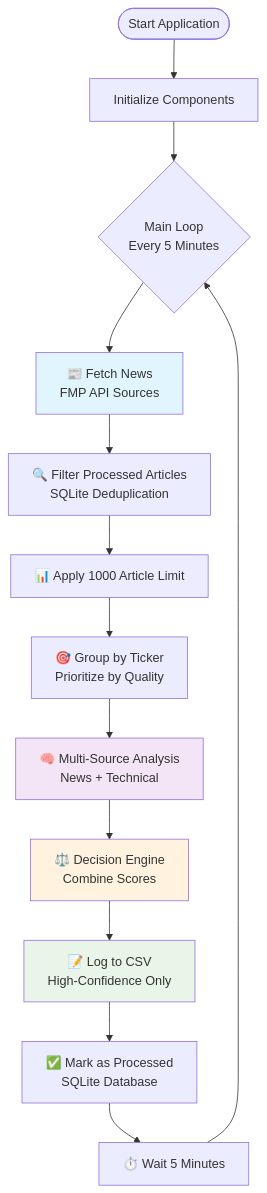
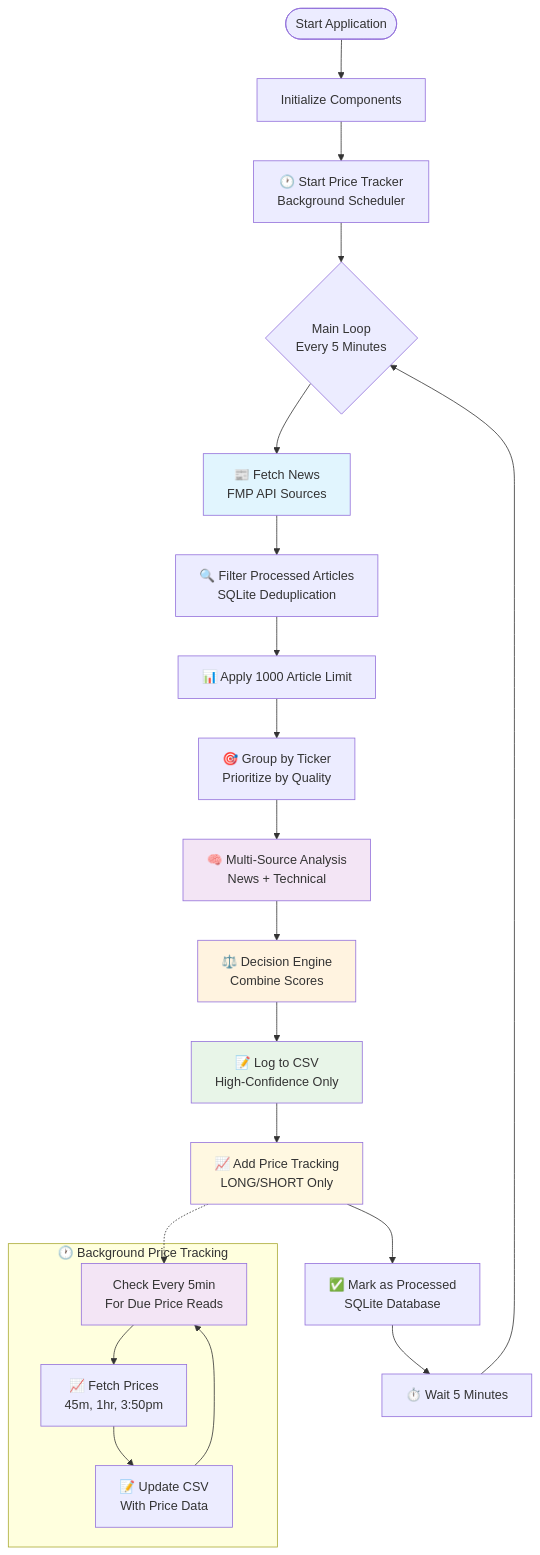
Before and after one commit to jaygasi/news_analyzer: the first of 11 diagrams in news_cruncher/README.md, drawn with Mermaid. The commit also changed other lines of this file and 7 other files, not shown here.

Commit message:
Finalizing changes for v1.3.0-stable-price-tracker

````diff
--- a/news_cruncher/README.md
+++ b/news_cruncher/README.md
@@ -5,23 +5,36 @@
 ```mermaid
 flowchart TD
     Start([Start Application]) --> Init[Initialize Components]
-    Init --> Loop{Main Loop<br/>Every 5 Minutes}
+    Init --> InitTracker[🕐 Start Price Tracker<br/>Background Scheduler]
+    InitTracker --> Loop{Main Loop<br/>Every 5 Minutes}
     
     Loop --> Fetch[📰 Fetch News<br/>FMP API Sources]
     Fetch --> Filter[🔍 Filter Processed Articles<br/>SQLite Deduplication]
     Filter --> Limit[📊 Apply 1000 Article Limit]
     Limit --> Group[🎯 Group by Ticker<br/>Prioritize by Quality]
     
     Group --> Analyze[🧠 Multi-Source Analysis<br/>News + Technical]
     Analyze --> Decide[⚖️ Decision Engine<br/>Combine Scores]
     Decide --> Log[📝 Log to CSV<br/>High-Confidence Only]
-    Log --> Mark[✅ Mark as Processed<br/>SQLite Database]
+    Log --> Track[📈 Add Price Tracking<br/>LONG/SHORT Only]
+    Track --> Mark[✅ Mark as Processed<br/>SQLite Database]
     
     Mark --> Wait[⏱️ Wait 5 Minutes]
     Wait --> Loop
+    
+    subgraph "🕐 Background Price Tracking"
+        PriceLoop[Check Every 5min<br/>For Due Price Reads]
+        PriceLoop --> FetchPrice[📈 Fetch Prices<br/>45m, 1hr, 3:50pm]
+        FetchPrice --> UpdateCSV[📝 Update CSV<br/>With Price Data]
+        UpdateCSV --> PriceLoop
+    end
+    
+    Track -.-> PriceLoop
     
     style Fetch fill:#e1f5fe
     style Analyze fill:#f3e5f5
     style Decide fill:#fff3e0
     style Log fill:#e8f5e8
+    style Track fill:#fff8e1
+    style PriceLoop fill:#f3e5f5
 ```
````
